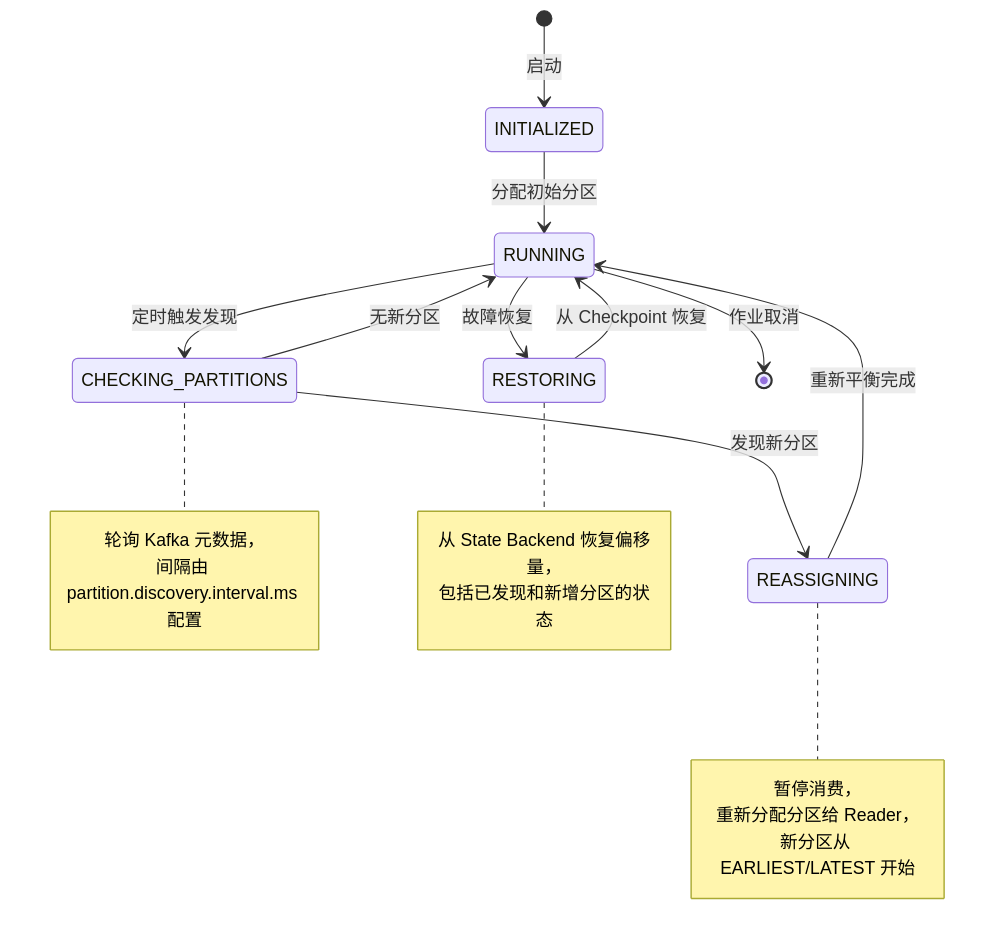
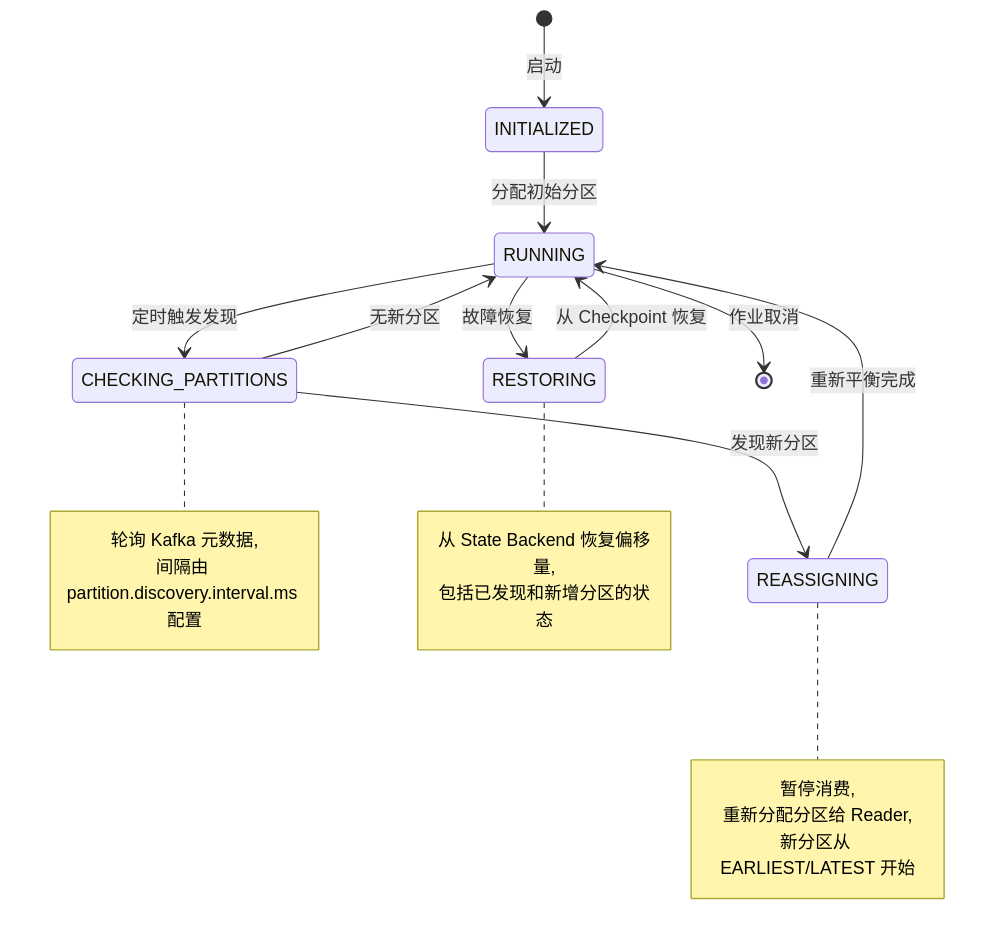
Before and after one commit to AdaMartin18010/AnalysisDataFlow: the fourth of 4 diagrams in Flink/05-ecosystem/05.01-connectors/kafka-integration-patterns.md, drawn with Mermaid. The commit also changed other lines of this file and 634 other files, not shown here.

````diff
--- a/Flink/05-ecosystem/05.01-connectors/kafka-integration-patterns.md
+++ b/Flink/05-ecosystem/05.01-connectors/kafka-integration-patterns.md
@@ -607,33 +607,33 @@
 ```mermaid
 stateDiagram-v2
     [*] --> INITIALIZED: 启动
 
     INITIALIZED --> RUNNING: 分配初始分区
 
     RUNNING --> CHECKING_PARTITIONS: 定时触发发现
     CHECKING_PARTITIONS --> RUNNING: 无新分区
     CHECKING_PARTITIONS --> REASSIGNING: 发现新分区
 
     REASSIGNING --> RUNNING: 重新平衡完成
 
     RUNNING --> RESTORING: 故障恢复
     RESTORING --> RUNNING: 从 Checkpoint 恢复
 
     RUNNING --> [*]: 作业取消
 
     note right of CHECKING_PARTITIONS
-        轮询 Kafka 元数据，
+        轮询 Kafka 元数据,
         间隔由 partition.discovery.interval.ms 配置
     end note
 
     note right of REASSIGNING
-        暂停消费，
-        重新分配分区给 Reader，
+        暂停消费,
+        重新分配分区给 Reader,
         新分区从 EARLIEST/LATEST 开始
     end note
 
     note right of RESTORING
-        从 State Backend 恢复偏移量，
+        从 State Backend 恢复偏移量,
         包括已发现和新增分区的状态
     end note
 ```
````
